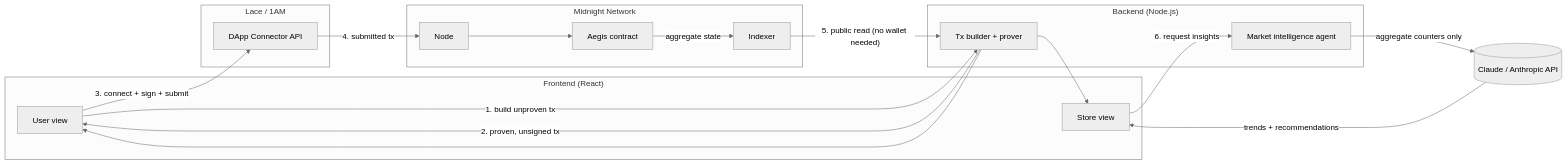
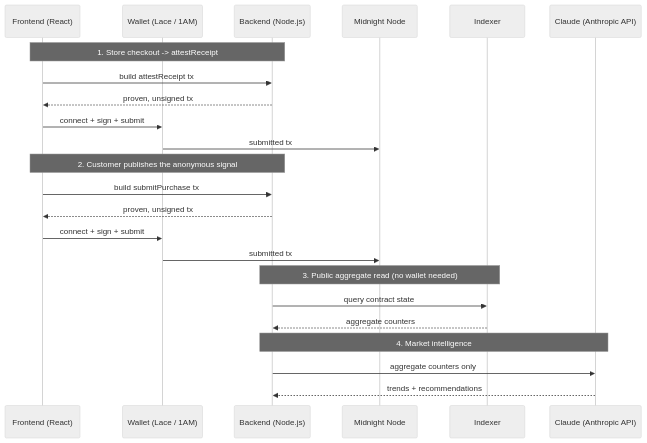
One commit to Leyenda95/aegisProject changed the diagram in README.md. Above: the diagram before and after it, drawn with Mermaid (neutral theme). The commit also changed other lines of this file, not shown here.

Commit message:
README updated

````diff
--- a/README.md
+++ b/README.md
@@ -46,39 +59,29 @@
 ```mermaid
-flowchart LR
-    subgraph Client["Frontend (React)"]
-        UV[User view]
-        SV[Store view]
-    end
+sequenceDiagram
+    participant FE as Frontend (React)
+    participant W as Wallet (Lace / 1AM)
+    participant BE as Backend (Node.js)
+    participant MN as Midnight Node
+    participant IX as Indexer
+    participant AI as Claude (Anthropic API)
 
-    subgraph Wallet["Lace / 1AM"]
-        W[DApp Connector API]
-    end
+    Note over FE,BE: 1. Store checkout -> attestReceipt
+    FE->>BE: build attestReceipt tx
+    BE-->>FE: proven, unsigned tx
+    FE->>W: connect + sign + submit
+    W->>MN: submitted tx
 
-    subgraph Server["Backend (Node.js)"]
-        TX[Tx builder + prover]
-        AI[Market intelligence agent]
-    end
+    Note over FE,BE: 2. Customer publishes the anonymous signal
+    FE->>BE: build submitPurchase tx
+    BE-->>FE: proven, unsigned tx
+    FE->>W: connect + sign + submit
+    W->>MN: submitted tx
 
-    subgraph Midnight["Midnight Network"]
-        Node[Node]
-        Indexer[Indexer]
-        Contract[Aegis contract]
-    end
+    Note over BE,IX: 3. Public aggregate read (no wallet needed)
+    BE->>IX: query contract state
+    IX-->>BE: aggregate counters
 
-    Claude[(Claude / Anthropic API)]
-
-    UV -- "1. build unproven tx" --> TX
-    TX -- "2. proven, unsigned tx" --> UV
-    UV -- "3. connect + sign + submit" --> W
-    W -- "4. submitted tx" --> Node
-    Node --> Contract
-
-    Contract -- "aggregate state" --> Indexer
-    Indexer -- "5. public read (no wallet needed)" --> TX
-    TX --> UV
-    TX --> SV
-
-    SV -- "6. request insights" --> AI
-    AI -- "aggregate counters only" --> Claude
-    Claude -- "trends + recommendations" --> SV
+    Note over BE,AI: 4. Market intelligence
+    BE->>AI: aggregate counters only
+    AI-->>BE: trends + recommendations
 ```
````
